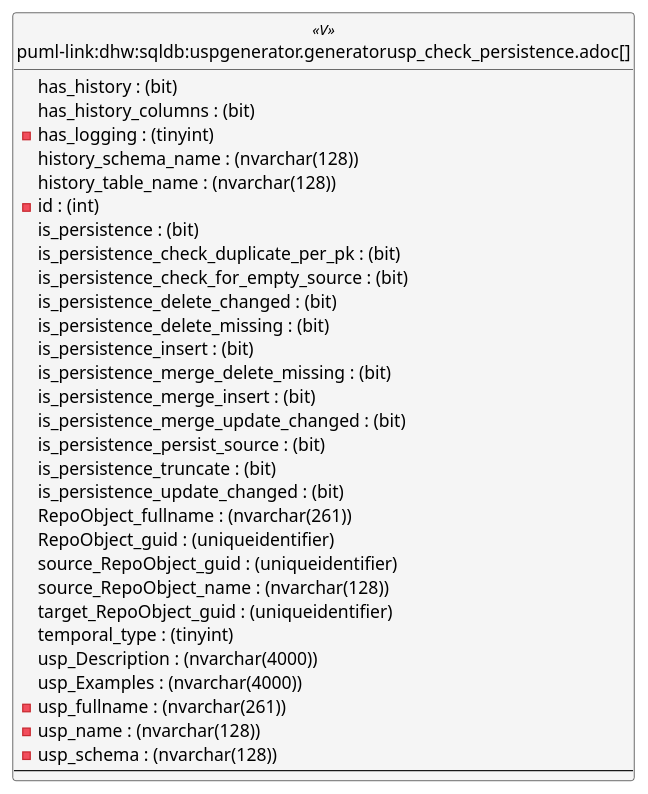
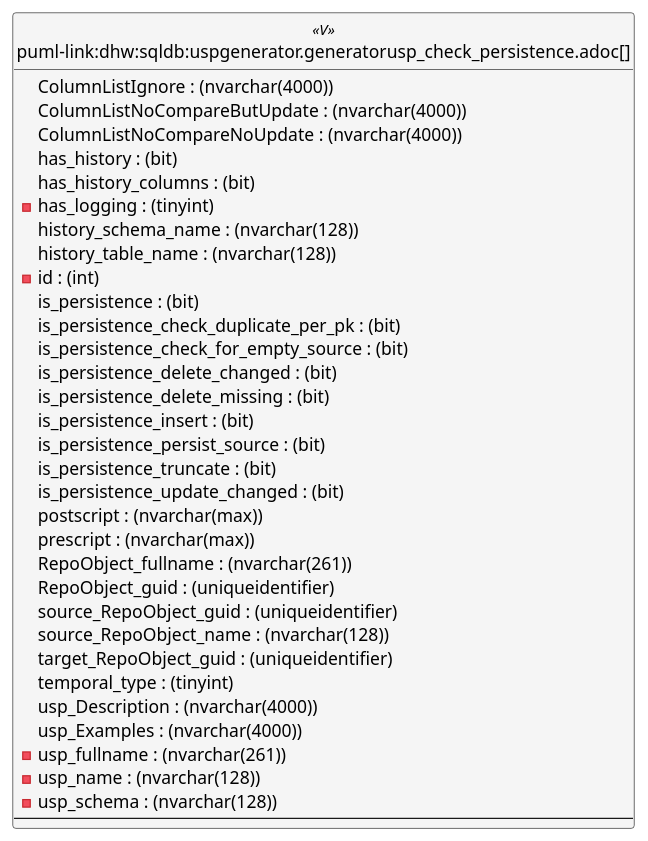
Before and after one commit to DataHandwerk/dhw-antora-sqldb: the first of 6 diagrams in docs/modules/sqldb/partials/content/uspgenerator.generatorusp_check_persistence.adoc, drawn with PlantUML. The commit also changed other lines of this file and 751 other files, not shown here.

```diff
--- a/docs/modules/sqldb/partials/content/uspgenerator.generatorusp_check_persistence.adoc
+++ b/docs/modules/sqldb/partials/content/uspgenerator.generatorusp_check_persistence.adoc
@@ -1204,62 +1261,64 @@
 [plantuml, entity-{docname}, svg, subs=macros]
 ....
 'Left to right direction
 top to bottom direction
 hide circle
 'avoide "." issues:
 set namespaceSeparator none
 
 
 skinparam class {
   BackgroundColor White
   BackgroundColor<<FN>> Yellow
   BackgroundColor<<FS>> Yellow
   BackgroundColor<<FT>> LightGray
   BackgroundColor<<IF>> Yellow
   BackgroundColor<<IS>> Yellow
   BackgroundColor<<P>>  Aqua
   BackgroundColor<<PC>> Aqua
   BackgroundColor<<SN>> Yellow
   BackgroundColor<<SO>> SlateBlue
   BackgroundColor<<TF>> LightGray
   BackgroundColor<<TR>> Tomato
   BackgroundColor<<U>>  White
   BackgroundColor<<V>>  WhiteSmoke
   BackgroundColor<<X>>  Aqua
   BackgroundColor<<external>> AliceBlue
 }
 
 
 entity "puml-link:dhw:sqldb:uspgenerator.generatorusp_check_persistence.adoc[]" as uspgenerator.GeneratorUsp_check_persistence << V >> {
+  ColumnListIgnore : (nvarchar(4000))
+  ColumnListNoCompareButUpdate : (nvarchar(4000))
+  ColumnListNoCompareNoUpdate : (nvarchar(4000))
   has_history : (bit)
   has_history_columns : (bit)
   - has_logging : (tinyint)
   history_schema_name : (nvarchar(128))
   history_table_name : (nvarchar(128))
   - id : (int)
   is_persistence : (bit)
   is_persistence_check_duplicate_per_pk : (bit)
   is_persistence_check_for_empty_source : (bit)
   is_persistence_delete_changed : (bit)
   is_persistence_delete_missing : (bit)
   is_persistence_insert : (bit)
-  is_persistence_merge_delete_missing : (bit)
-  is_persistence_merge_insert : (bit)
-  is_persistence_merge_update_changed : (bit)
   is_persistence_persist_source : (bit)
   is_persistence_truncate : (bit)
   is_persistence_update_changed : (bit)
+  postscript : (nvarchar(max))
+  prescript : (nvarchar(max))
   RepoObject_fullname : (nvarchar(261))
   RepoObject_guid : (uniqueidentifier)
   source_RepoObject_guid : (uniqueidentifier)
   source_RepoObject_name : (nvarchar(128))
   target_RepoObject_guid : (uniqueidentifier)
   temporal_type : (tinyint)
   usp_Description : (nvarchar(4000))
   usp_Examples : (nvarchar(4000))
   - usp_fullname : (nvarchar(261))
   - usp_name : (nvarchar(128))
   - usp_schema : (nvarchar(128))
   --
 }
 ....
```
